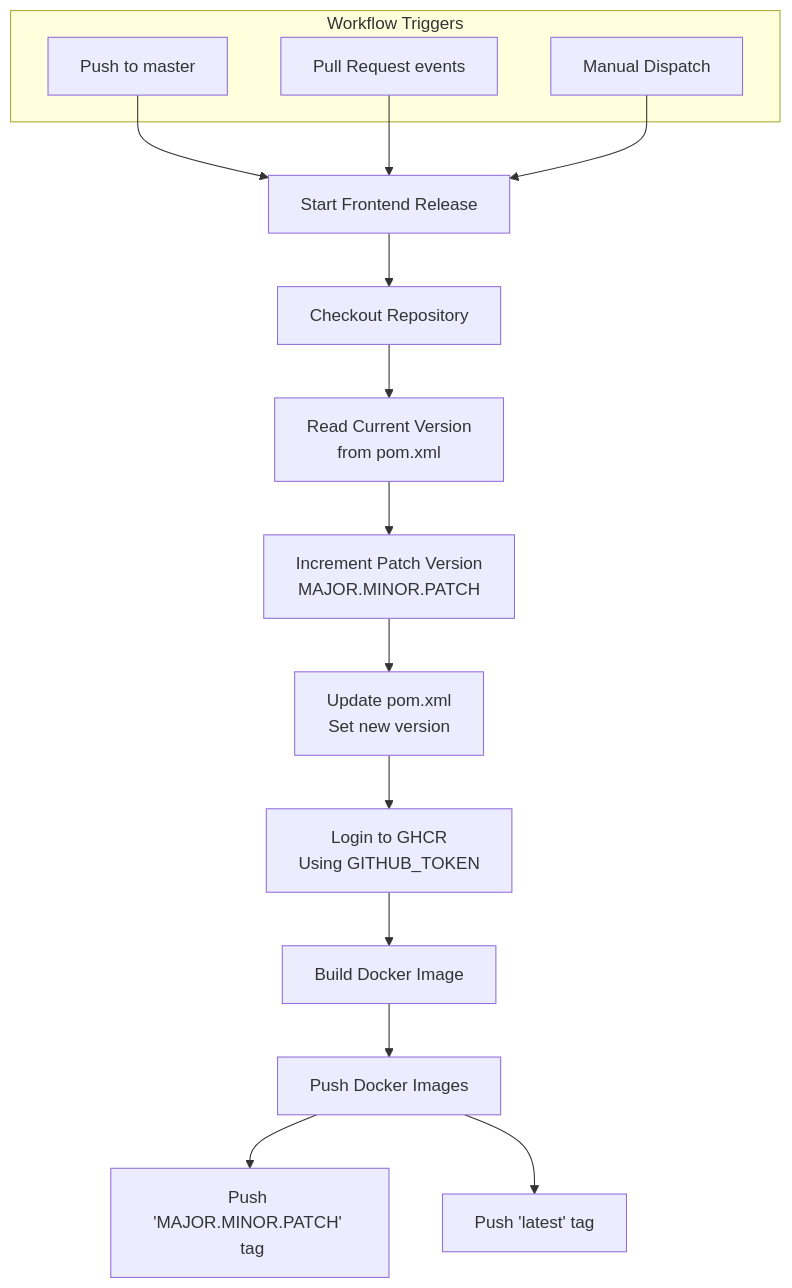
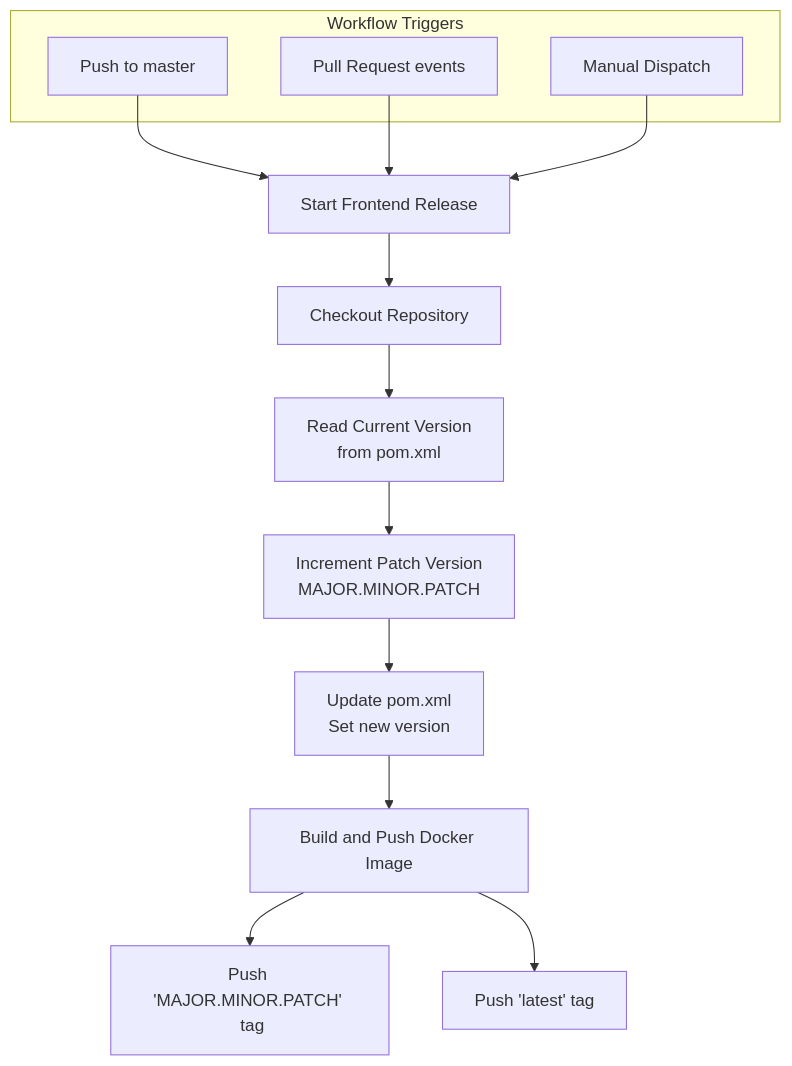
Before and after one commit to doda2025-team14/operation: the first of 2 diagrams in README.md, drawn with Mermaid. The commit also changed other lines of this file, not shown here.

````diff
--- a/README.md
+++ b/README.md
@@ -145,25 +145,23 @@
 ```mermaid
 flowchart TD
      %% Workflow Triggers
     subgraph TRIGGERS [Workflow Triggers]
         TM[Push to master] 
         TP[Pull Request events]
         TD[Manual Dispatch]
     end
     TM --> B[Start Frontend Release]
     TP --> B
     TD --> B
 
     %% Job
     B --> C[Checkout Repository]
     C -->D[Read Current Version <br>from pom.xml]
     D --> E[Increment Patch Version <br> MAJOR.MINOR.PATCH <br>]
     E --> F[Update pom.xml <br>Set new version]
-    F --> G[Login to GHCR <br>Using GITHUB_TOKEN]
-    G --> H[Build Docker Image]
+    F --> H[Build and Push Docker Image]
 
     %% Push Images
-    H --> J[Push Docker Images]
-    J --> J1[Push 'MAJOR.MINOR.PATCH' <br> tag]
-    J --> J2[Push 'latest' tag]
+    H --> H1[Push 'MAJOR.MINOR.PATCH' <br> tag]
+    H --> H2[Push 'latest' tag]
 ```
````
